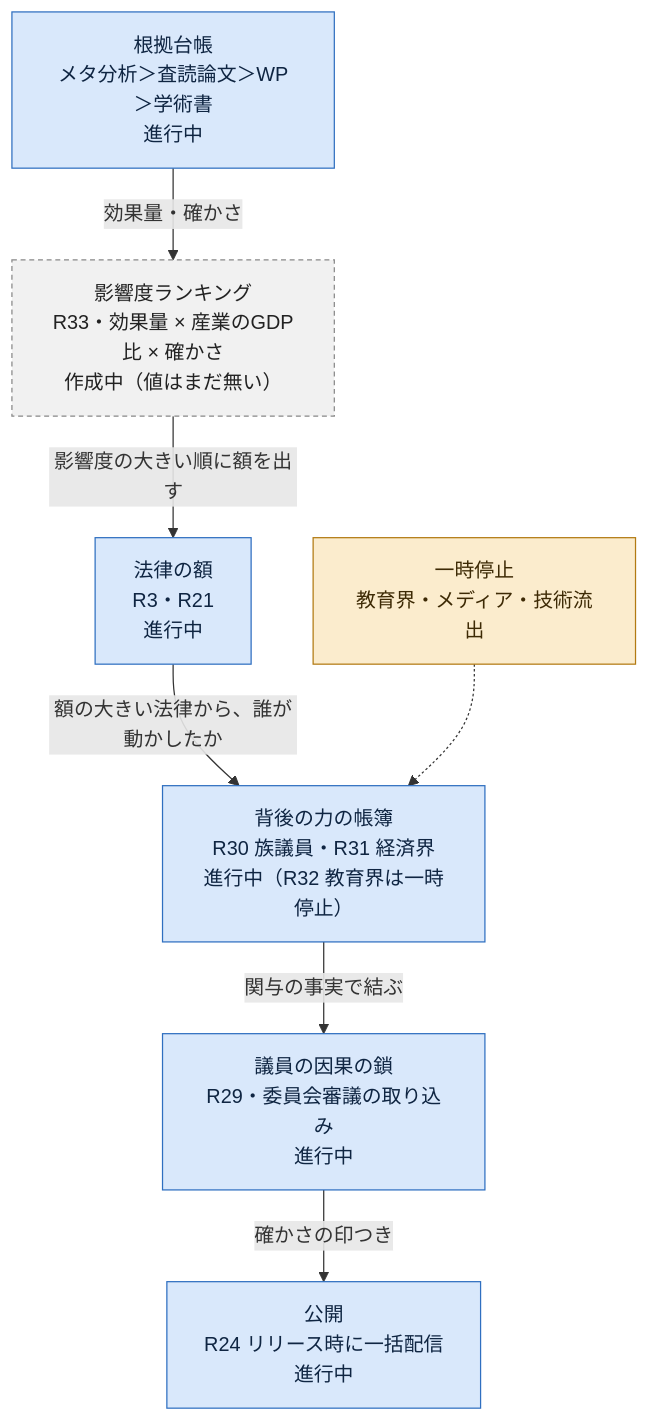
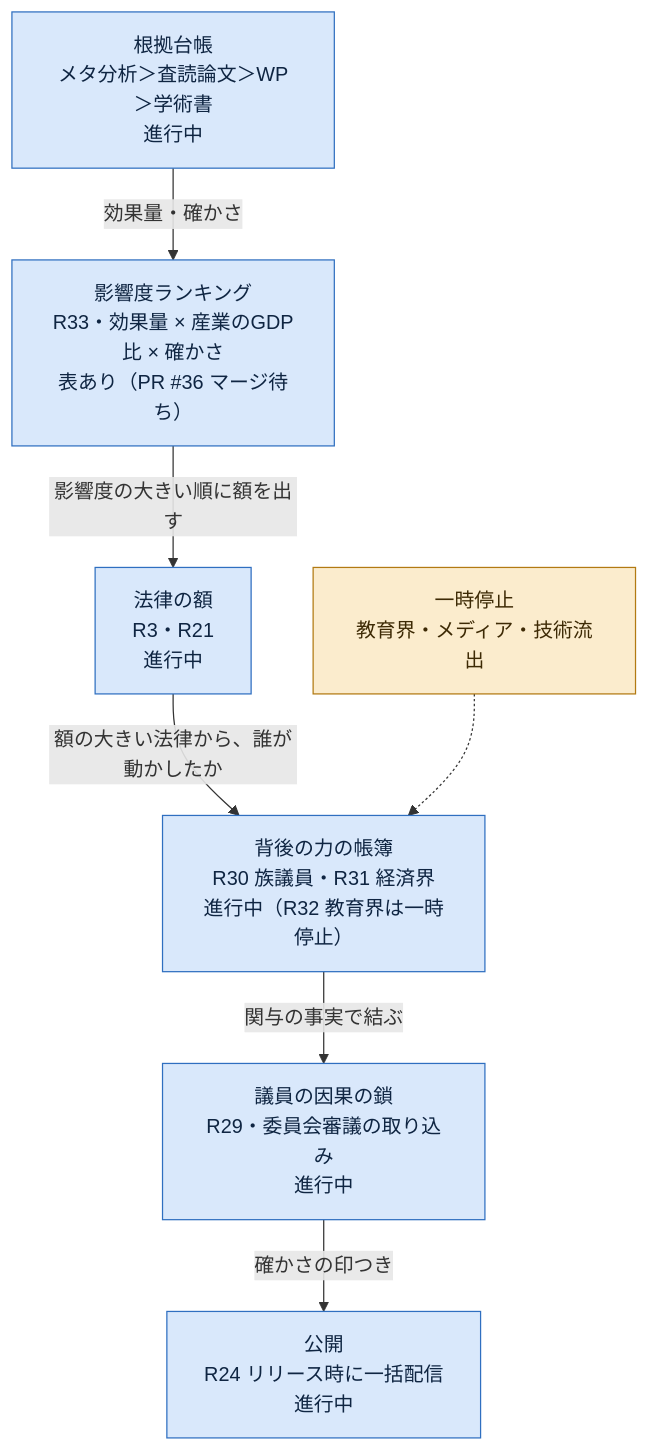
One commit to nexus-ai-2045/public-interest-lens changed the second of 2 diagrams in docs/ロードマップ.md. Above: the diagram before and after it, drawn with Mermaid. The commit also changed other lines of this file, not shown here.

Commit message:
全体図の影響度ランキングを、表ができた状態（PR #36 マージ待ち）に直す

````diff
--- a/docs/ロードマップ.md
+++ b/docs/ロードマップ.md
@@ -187,19 +187,19 @@
 ```mermaid
 flowchart TD
   A["根拠台帳<br/>メタ分析＞査読論文＞WP＞学術書<br/>進行中"]:::prog
-  B["影響度ランキング<br/>R33・効果量 × 産業のGDP比 × 確かさ<br/>作成中（値はまだ無い）"]:::todo
+  B["影響度ランキング<br/>R33・効果量 × 産業のGDP比 × 確かさ<br/>表あり（PR #36 マージ待ち）"]:::prog
   C["法律の額<br/>R3・R21<br/>進行中"]:::prog
   D["背後の力の帳簿<br/>R30 族議員・R31 経済界<br/>進行中（R32 教育界は一時停止）"]:::prog
   E["議員の因果の鎖<br/>R29・委員会審議の取り込み<br/>進行中"]:::prog
   F["公開<br/>R24 リリース時に一括配信<br/>進行中"]:::prog
   A -->|"効果量・確かさ"| B
   B -->|"影響度の大きい順に額を出す"| C
   C -->|"額の大きい法律から、誰が動かしたか"| D
   D -->|"関与の事実で結ぶ"| E
   E -->|"確かさの印つき"| F
   P["一時停止<br/>教育界・メディア・技術流出"]:::pause -.-> D
   classDef done fill:#d7efdc,stroke:#2e7d46,color:#102a18
   classDef prog fill:#d9e8fb,stroke:#2f6fc0,color:#0f2542
   classDef pause fill:#fbeccd,stroke:#b27a12,color:#3d2a05
   classDef todo fill:#f1f1f1,stroke:#888,stroke-dasharray:4 3,color:#222
 ```
````
